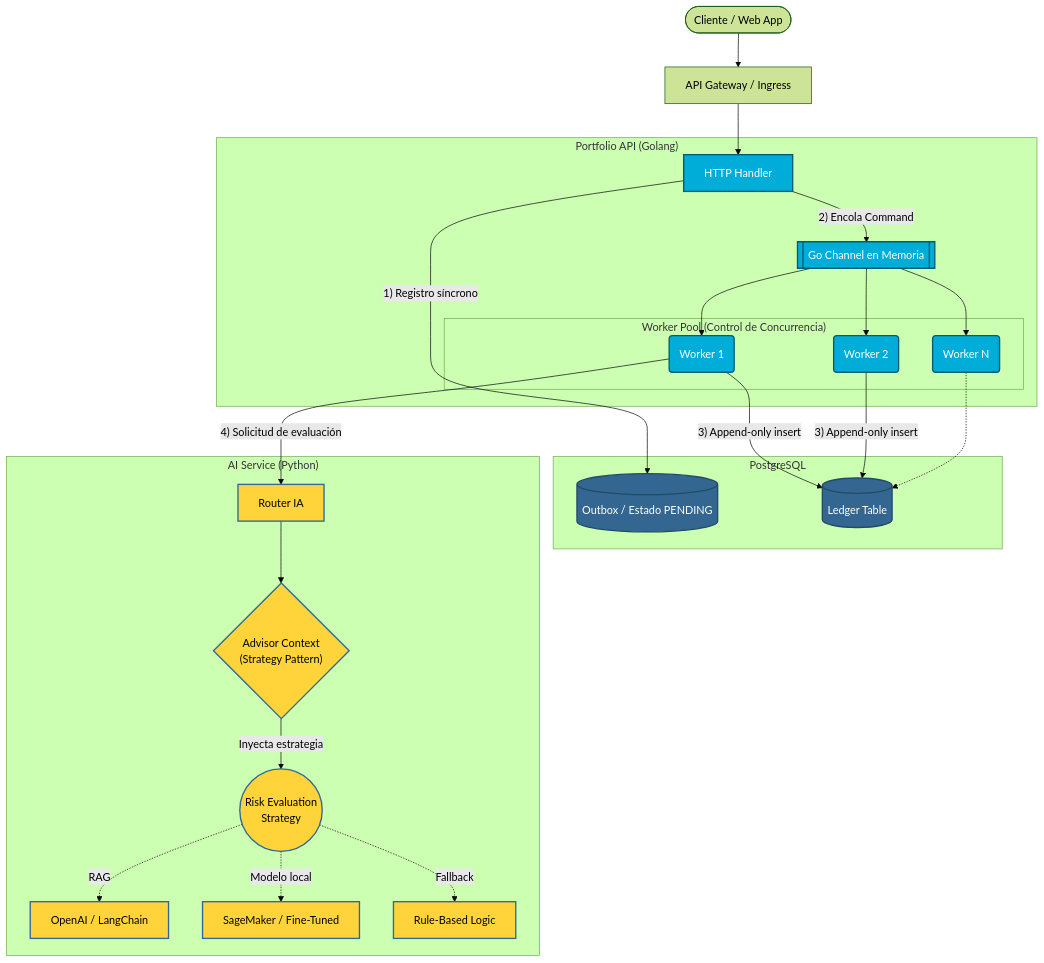
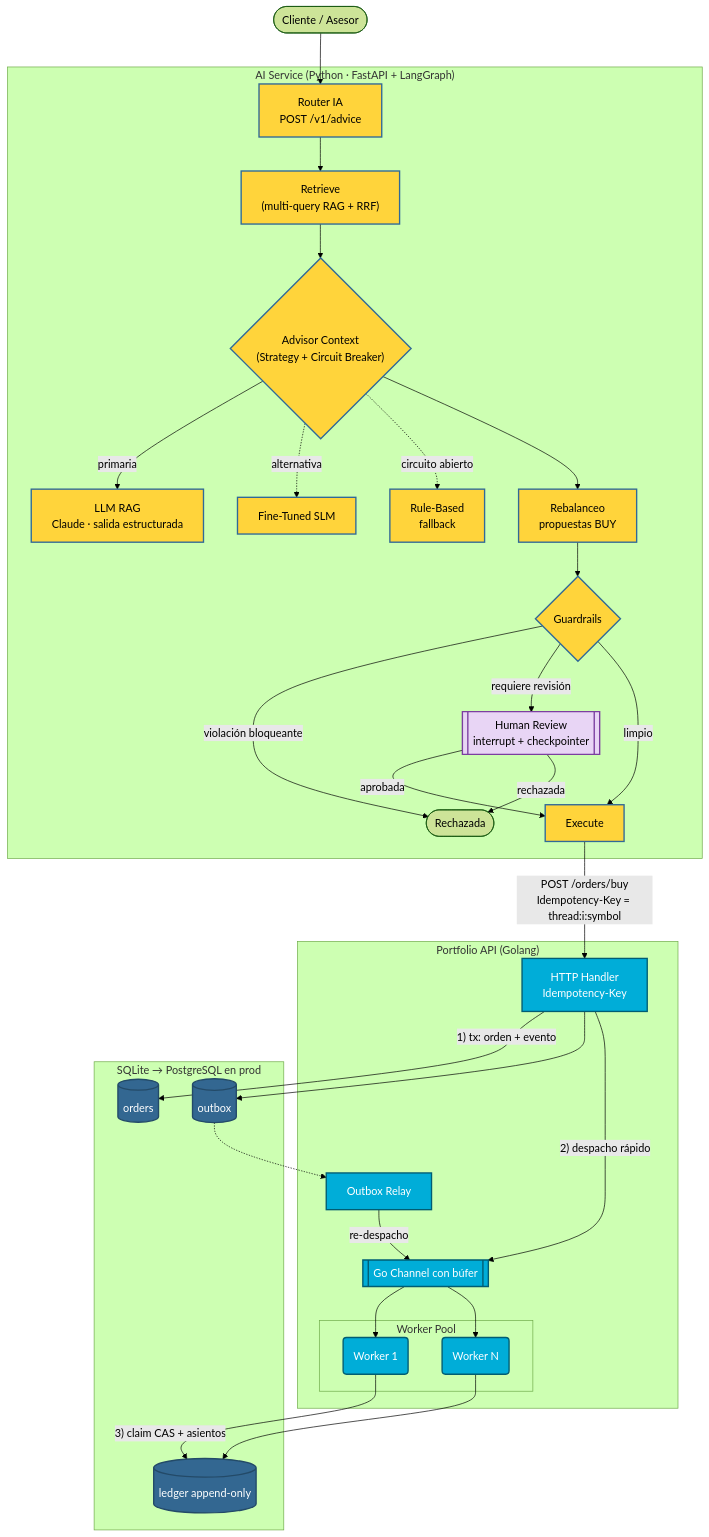
One commit to ggonzalez36/AI-Advisor changed the first of 5 diagrams in docs/architecture-design.md. Above: the diagram before and after it, drawn with Mermaid (forest theme). The commit also changed other lines of this file and 9 other files, not shown here.

````diff
--- a/docs/architecture-design.md
+++ b/docs/architecture-design.md
@@ -17,62 +19,66 @@
 ```mermaid
 graph TD
-    Client([Cliente / Web App]) --> API[API Gateway / Ingress]
+    Client([Cliente / Asesor]) --> AI_API
+
+    subgraph Python_AI ["AI Service (Python · FastAPI + LangGraph)"]
+        AI_API[Router IA<br/>POST /v1/advice]
+        Retrieve["Retrieve<br/>(multi-query RAG + RRF)"]
+        Assess{"Advisor Context<br/>(Strategy + Circuit Breaker)"}
+        S_LLM[LLM RAG<br/>Claude · salida estructurada]
+        S_SLM[Fine-Tuned SLM]
+        S_Rule[Rule-Based<br/>fallback]
+        Propose[Rebalanceo<br/>propuestas BUY]
+        Guard{Guardrails}
+        HITL[[Human Review<br/>interrupt + checkpointer]]
+        Exec[Execute]
+        Reject([Rechazada])
+    end
 
     subgraph Go_Backend ["Portfolio API (Golang)"]
-        Handler[HTTP Handler]
-        Channel[[Go Channel en Memoria]]
-
-        subgraph Worker_Pool ["Worker Pool (Control de Concurrencia)"]
+        Handler["HTTP Handler<br/>Idempotency-Key"]
+        Channel[[Go Channel con búfer]]
+        Relay[Outbox Relay]
+        subgraph Worker_Pool ["Worker Pool"]
             W1(Worker 1)
-            W2(Worker 2)
             WN(Worker N)
         end
     end
 
-    subgraph Database ["PostgreSQL"]
-        Outbox[(Outbox / Estado PENDING)]
-        Ledger[(Ledger Table)]
+    subgraph Database ["SQLite → PostgreSQL en prod"]
+        Orders[(orders)]
+        Outbox[(outbox)]
+        Ledger[(ledger append-only)]
     end
 
-    subgraph Python_AI ["AI Service (Python)"]
-        AI_API[Router IA]
-        Context{"Advisor Context<br/>(Strategy Pattern)"}
-        Strategy(("Risk Evaluation<br/>Strategy"))
-        S_OpenAI[OpenAI / LangChain]
-        S_SageMaker[SageMaker / Fine-Tuned]
-        S_Rule[Rule-Based Logic]
-    end
+    AI_API --> Retrieve --> Assess
+    Assess -->|primaria| S_LLM
+    Assess -.->|alternativa| S_SLM
+    Assess -.->|circuito abierto| S_Rule
+    Assess --> Propose --> Guard
+    Guard -->|violación bloqueante| Reject
+    Guard -->|requiere revisión| HITL
+    Guard -->|limpio| Exec
+    HITL -->|aprobada| Exec
+    HITL -->|rechazada| Reject
 
-    API --> Handler
+    Exec -->|"POST /orders/buy<br/>Idempotency-Key = thread:i:symbol"| Handler
+    Handler -->|"1) tx: orden + evento"| Orders
+    Handler --> Outbox
+    Handler -->|"2) despacho rápido"| Channel
+    Relay -->|re-despacho| Channel
+    Outbox -.-> Relay
+    Channel --> W1
+    Channel --> WN
+    W1 -->|"3) claim CAS + asientos"| Ledger
+    WN --> Ledger
 
-    %% Patrón Outbox para durabilidad
-    Handler -->|"1) Registro síncrono"| Outbox
-
-    %% Patrón Command y Worker Pool
-    Handler -->|"2) Encola Command"| Channel
-    Channel --> W1
-    Channel --> W2
-    Channel --> WN
-
-    %% Prevención de write-locks
-    W1 -->|"3) Append-only insert"| Ledger
-    W2 -->|"3) Append-only insert"| Ledger
-    WN -.-> Ledger
-
-    W1 -->|"4) Solicitud de evaluación"| AI_API
-    AI_API --> Context
-    Context -->|Inyecta estrategia| Strategy
-
-    Strategy -.->|RAG| S_OpenAI
-    Strategy -.->|Modelo local| S_SageMaker
-    Strategy -.->|Fallback| S_Rule
-
-    %% Estilos
     classDef go fill:#00ADD8,stroke:#005d73,stroke-width:2px,color:white;
     classDef python fill:#FFD43B,stroke:#306998,stroke-width:2px,color:black;
     classDef db fill:#336791,stroke:#234a68,stroke-width:2px,color:white;
+    classDef human fill:#e8d5f5,stroke:#7b3fa0,stroke-width:2px,color:black;
 
-    class Handler,Channel,W1,W2,WN go;
-    class AI_API,Context,Strategy,S_OpenAI,S_SageMaker,S_Rule python;
-    class Outbox,Ledger db;
+    class Handler,Channel,Relay,W1,WN go;
+    class AI_API,Retrieve,Assess,S_LLM,S_SLM,S_Rule,Propose,Guard,Exec python;
+    class Orders,Outbox,Ledger db;
+    class HITL human;
 ```
````
